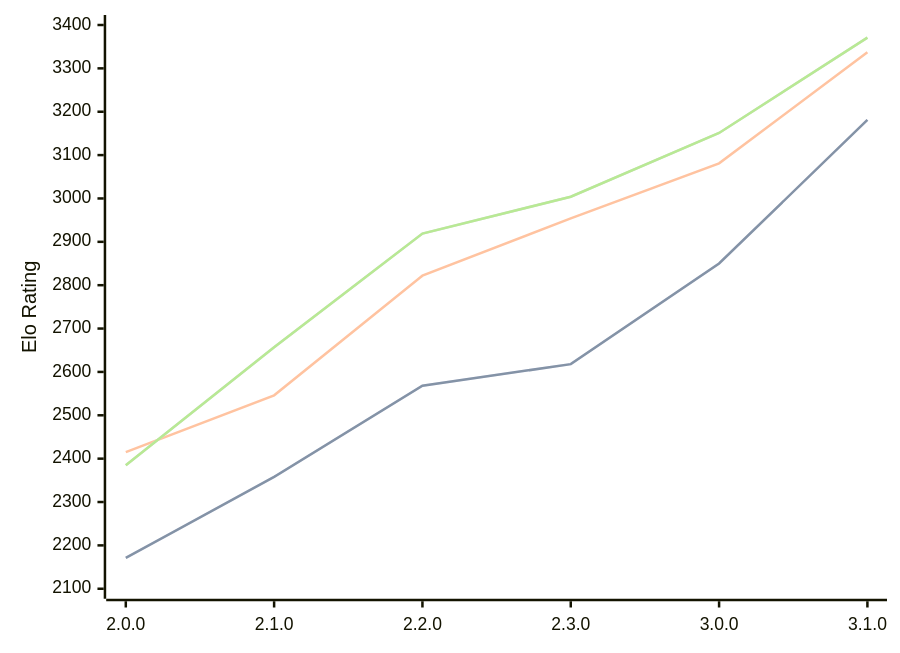
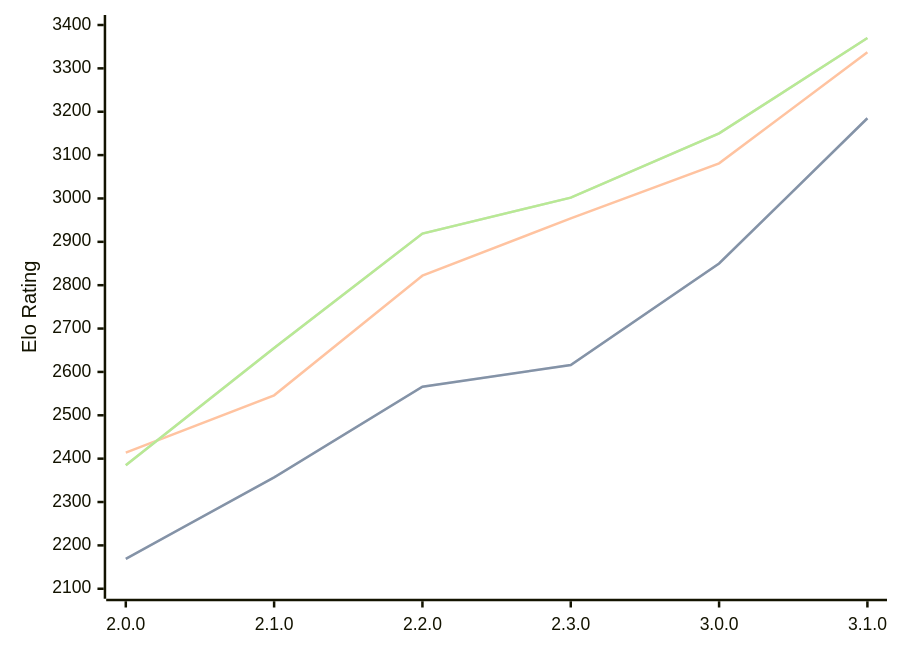
Before and after one commit to computer-chess-index/cci: the diagram in engines/Raphael.md, drawn with Mermaid. The commit also changed other lines of this file, not shown here.

Commit message:
Update CCI Ratings (ELO VLTC) - 2026-03-04

````diff
--- a/engines/Raphael.md
+++ b/engines/Raphael.md
@@ -46,11 +46,11 @@
 ```mermaid
 %%{init: {"theme":"base","themeVariables":{"seriesColors:['#a3a3a3','#222221','#faa371']}}}%%
 xychart-beta
   x-axis ["2.0.0", "2.1.0", "2.2.0", "2.3.0", "3.0.0", "3.1.0"]
   y-axis "Elo Rating" 2100 --> 3400
-  line "STC (8.0+0.08s)" [2171, 2358, 2568, 2618, 2850, 3181]
-  line "STC (8.0+0.08s)" [2171, 2358, 2568, 2618, 2850, 3181]
-  line "LTC (60.0+0.60s)" [2415, 2546, 2822, 2954, 3081, 3337]
-  line "VLTC (2m24s+1.12s)" [2385, 2657, 2919, 3004, 3151, 3371]
-  line "VLTC (2m24s+1.12s)" [2385, 2657, 2919, 3004, 3151, 3371]
+  line "STC (8.0+0.08s)" [2169, 2357, 2566, 2616, 2850, 3185]
+  line "STC (8.0+0.08s)" [2169, 2357, 2566, 2616, 2850, 3185]
+  line "LTC (60.0+0.60s)" [2414, 2546, 2822, 2954, 3081, 3337]
+  line "VLTC (2m24s+1.12s)" [2385, 2655, 2919, 3002, 3150, 3370]
+  line "VLTC (2m24s+1.12s)" [2385, 2655, 2919, 3002, 3150, 3370]
 ```
````
